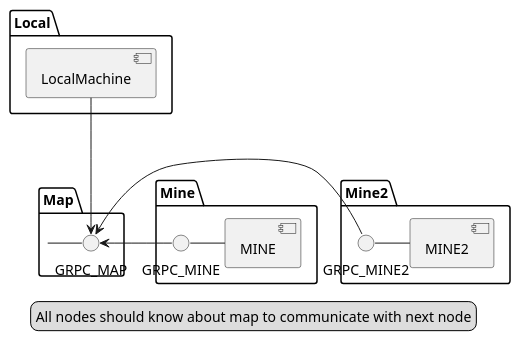
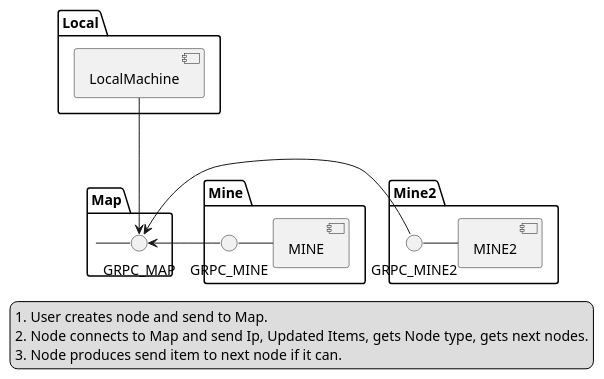
The diagram in diagram.puml (overmesgit/factorio), drawn with PlantUML before and after one commit. The commit also changed 27 other files, not shown here.

```diff
--- a/diagram.puml
+++ b/diagram.puml
@@ -1,34 +1,38 @@
 @startuml
 'https://plantuml.com/component-diagram
 
 package "Local" {
   [LocalMachine]
 }
 
 package "Map" {
   GRPC_MAP - [Map]
 }
 
 package "Mine" {
   GRPC_MINE - [MINE]
 }
 
 package "Mine2" {
   GRPC_MINE2 - [MINE2]
 }
 
 
 [LocalMachine] ---> [GRPC_MAP]
 [GRPC_MINE] -> [GRPC_MAP]
 [GRPC_MINE2] -> [GRPC_MAP]
 
-legend "All nodes should know about map to communicate with next node"
+legend
+1. User creates node and send to Map.
+2. Node connects to Map and send Ip, Updated Items, gets Node type, gets next nodes.
+3. Node produces send item to next node if it can.
+end legend
 
 
 'cloud {
 '}
 '
 'database "MySql" {
 '}
 
 @enduml
```
